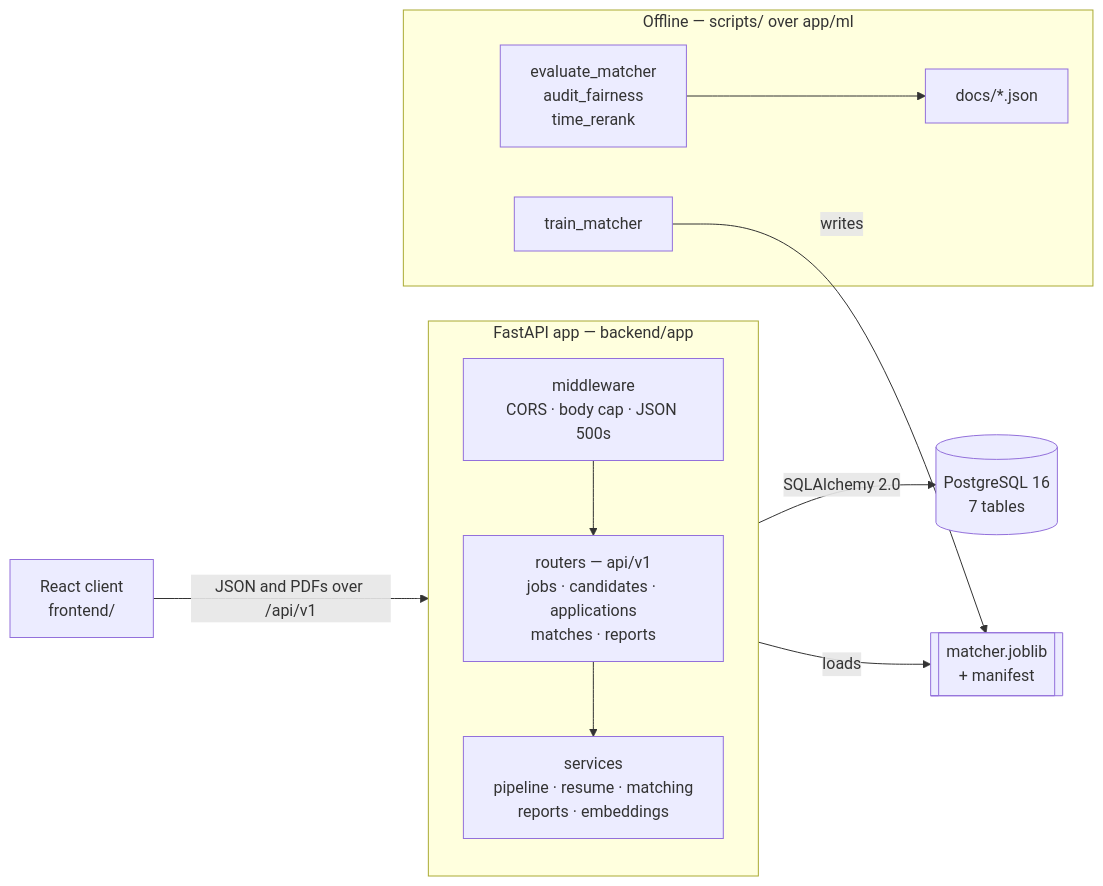
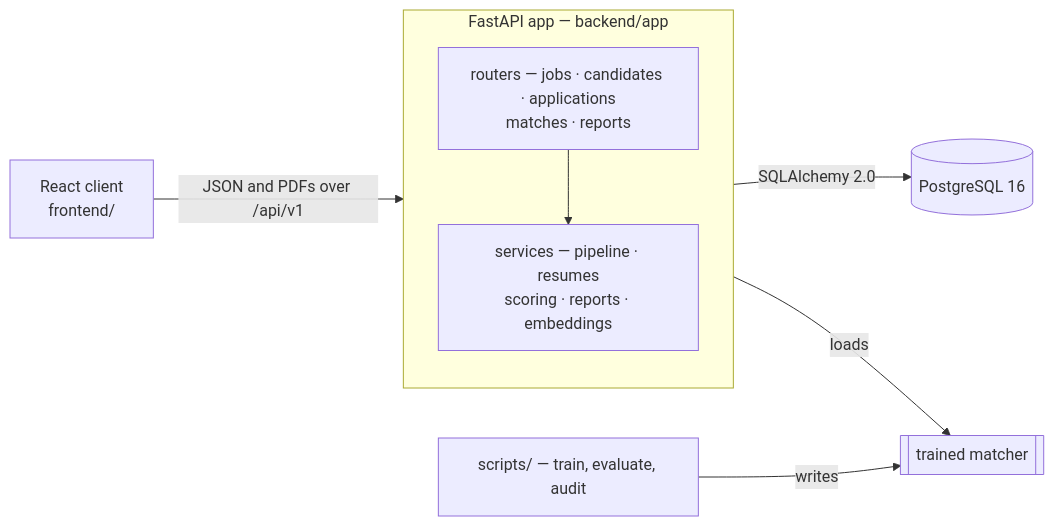
One commit to PuruSaluja/recruitflow-ai changed the diagram in README.md. Above: the diagram before and after it, drawn with Mermaid. The commit also changed other lines of this file and 1 other file, not shown here.

````diff
--- a/README.md
+++ b/README.md
@@ -45,16 +39,11 @@
 ```mermaid
 flowchart LR
     UI["React client<br/>frontend/"] -->|"JSON and PDFs over /api/v1"| API
     subgraph API["FastAPI app — backend/app"]
         direction TB
-        MW["middleware<br/>CORS · body cap · JSON 500s"] --> R["routers — api/v1<br/>jobs · candidates · applications<br/>matches · reports"]
-        R --> S["services<br/>pipeline · resume · matching<br/>reports · embeddings"]
+        R["routers — jobs · candidates · applications<br/>matches · reports"] --> S["services — pipeline · resumes<br/>scoring · reports · embeddings"]
     end
-    S -->|"SQLAlchemy 2.0"| DB[("PostgreSQL 16<br/>7 tables")]
-    S -->|"loads"| M[["matcher.joblib<br/>+ manifest"]]
-    subgraph Offline["Offline — scripts/ over app/ml"]
-        T["train_matcher"]
-        E["evaluate_matcher<br/>audit_fairness<br/>time_rerank"] --> J["docs/*.json"]
-    end
-    T -->|"writes"| M
+    S -->|"SQLAlchemy 2.0"| DB[("PostgreSQL 16")]
+    S -->|"loads"| M[["trained matcher"]]
+    T["scripts/ — train, evaluate, audit"] -->|"writes"| M
 ```
````
